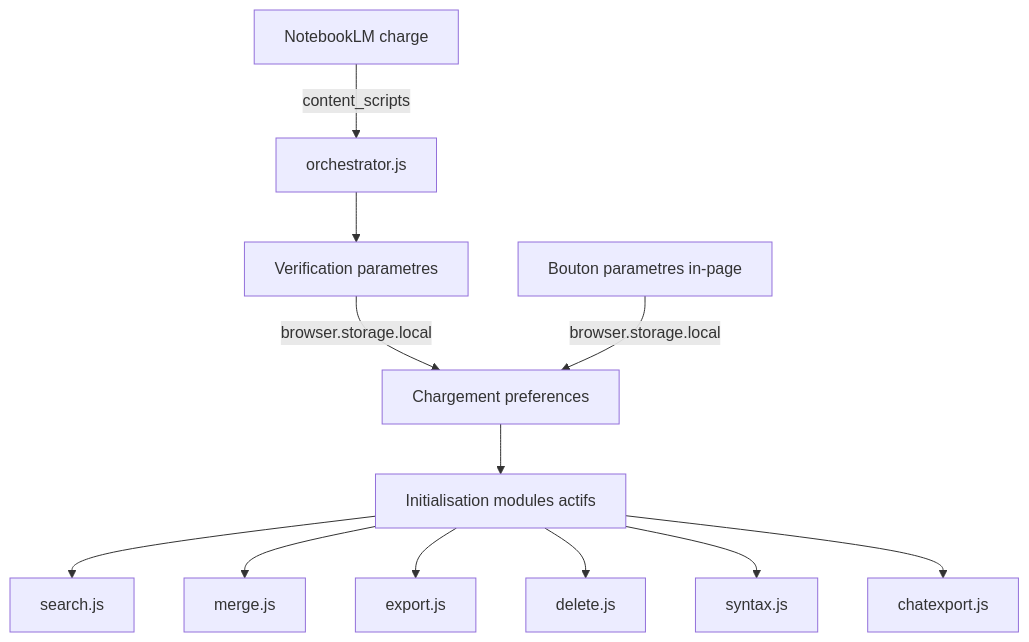
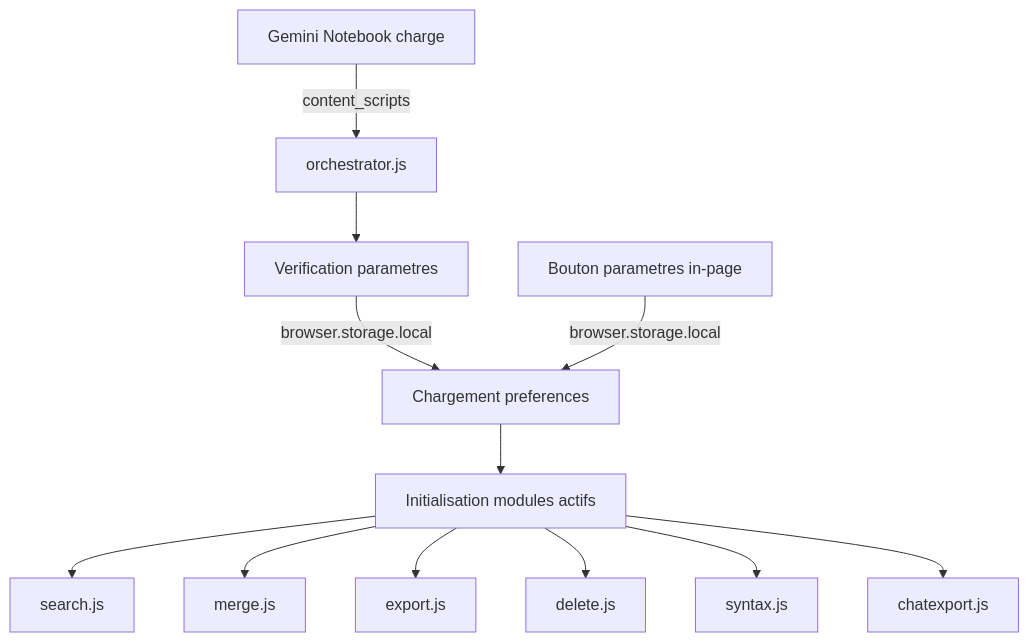
Before and after one commit to mtfkarukera/magic-manager: the diagram in ARCHITECTURE.md, drawn with Mermaid. The commit also changed other lines of this file and 20 other files, not shown here.

````diff
--- a/ARCHITECTURE.md
+++ b/ARCHITECTURE.md
@@ -57,14 +57,14 @@
 ```mermaid
 graph TD
-    A["NotebookLM charge"] -->|"content_scripts"| B["orchestrator.js"]
+    A["Gemini Notebook charge"] -->|"content_scripts"| B["orchestrator.js"]
     B --> C["Verification parametres"]
     C -->|"browser.storage.local"| D["Chargement preferences"]
     D --> E["Initialisation modules actifs"]
     E --> F["search.js"]
     E --> G["merge.js"]
     E --> H["export.js"]
     E --> I["delete.js"]
     E --> J["syntax.js"]
     E --> K["chatexport.js"]
     L["Bouton parametres in-page"] -->|"browser.storage.local"| D
 ```
````
